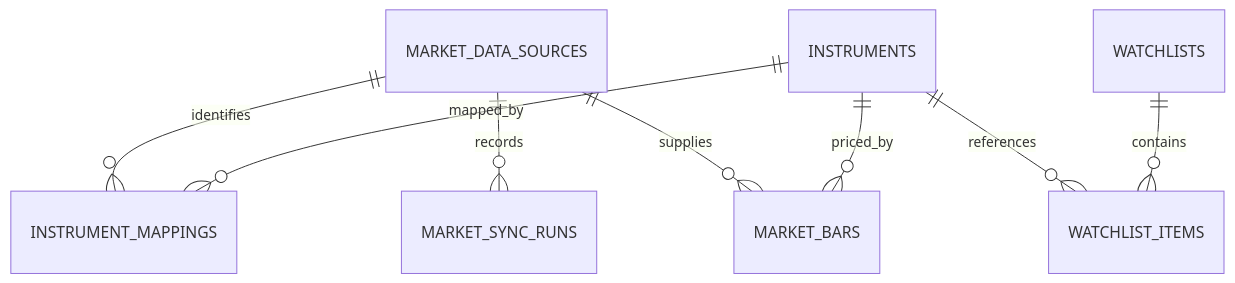
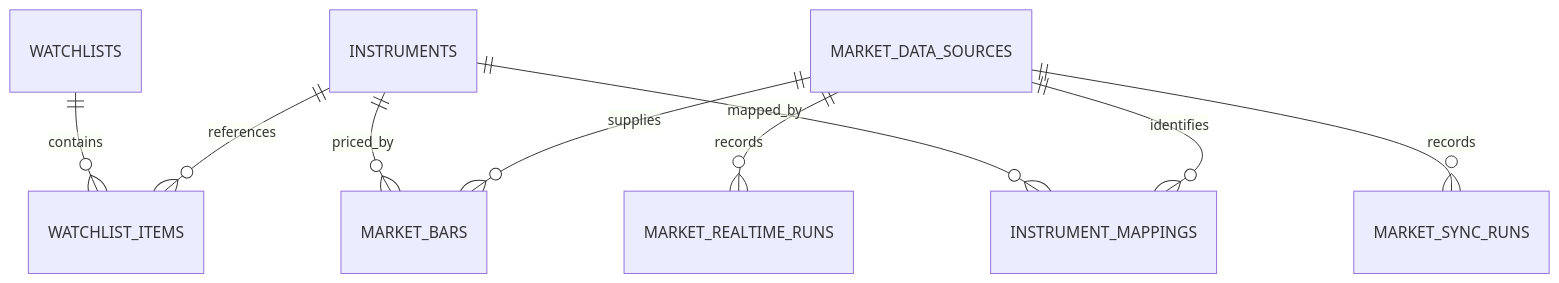
One commit to emilchen96-ops/AlphaBeta changed the first of 2 diagrams in docs/database_schema.md. Above: the diagram before and after it, drawn with Mermaid. The commit also changed other lines of this file and 74 other files, not shown here.

Commit message:
feat: seal M04.1 market data runtime infrastructure

````diff
--- a/docs/database_schema.md
+++ b/docs/database_schema.md
@@ -16,10 +19,11 @@
 ```mermaid
 erDiagram
   INSTRUMENTS ||--o{ INSTRUMENT_MAPPINGS : mapped_by
   MARKET_DATA_SOURCES ||--o{ INSTRUMENT_MAPPINGS : identifies
   INSTRUMENTS ||--o{ MARKET_BARS : priced_by
   MARKET_DATA_SOURCES ||--o{ MARKET_BARS : supplies
   MARKET_DATA_SOURCES ||--o{ MARKET_SYNC_RUNS : records
+  MARKET_DATA_SOURCES ||--o{ MARKET_REALTIME_RUNS : records
   WATCHLISTS ||--o{ WATCHLIST_ITEMS : contains
   INSTRUMENTS ||--o{ WATCHLIST_ITEMS : references
 ```
````
